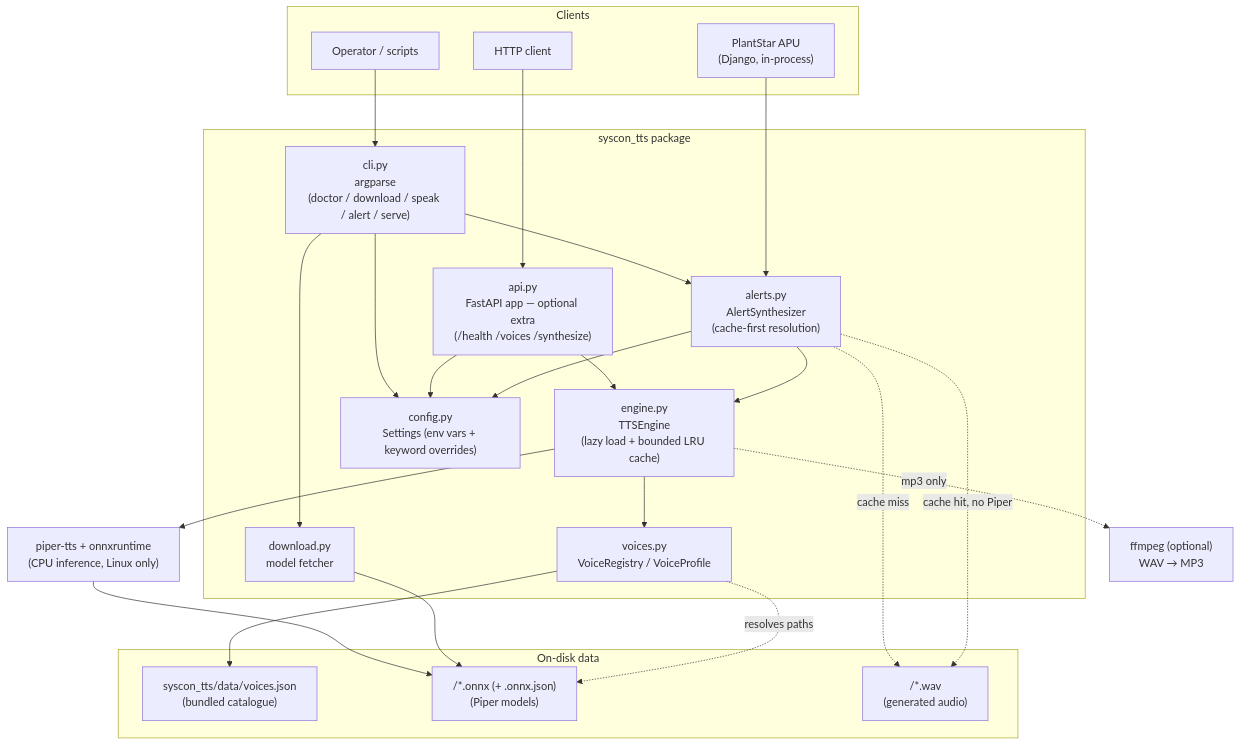
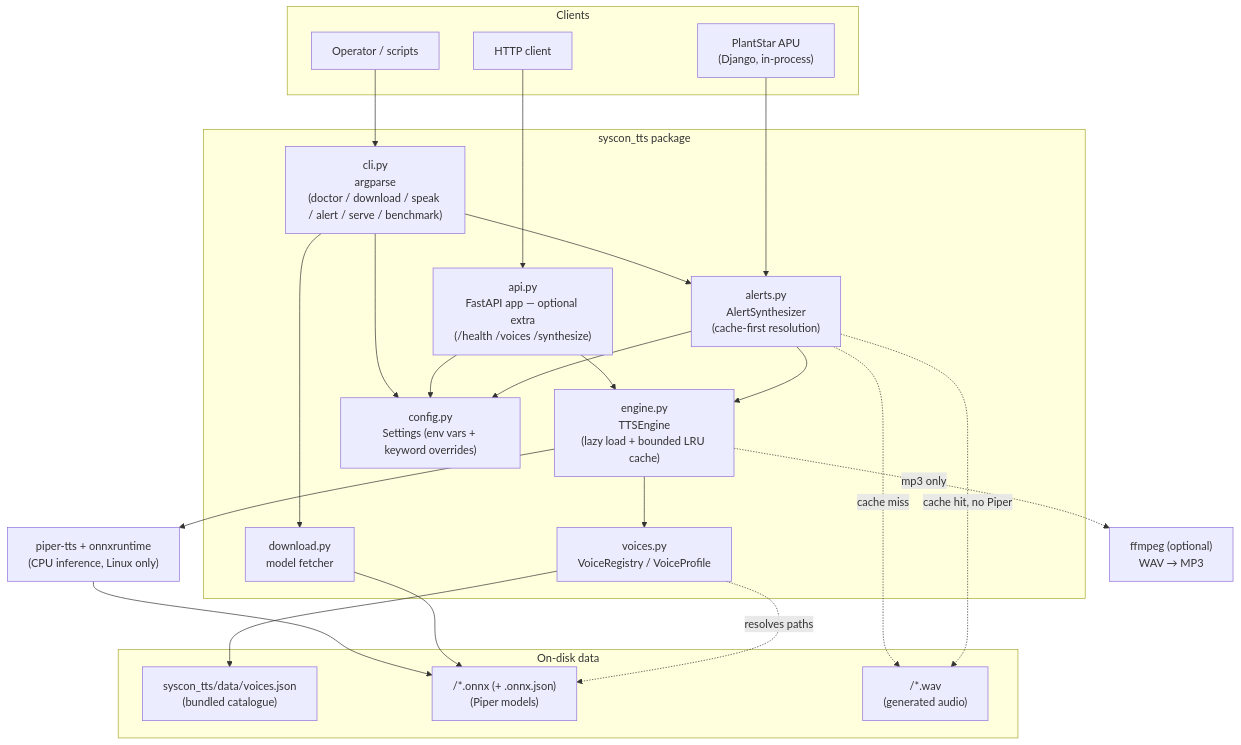
Before and after one commit to SYSCON-International/syscon_tts: the diagram in docs/ARCHITECTURE.md, drawn with Mermaid. The commit also changed other lines of this file and 25 other files, not shown here.

````diff
--- a/docs/ARCHITECTURE.md
+++ b/docs/ARCHITECTURE.md
@@ -44,47 +44,47 @@
 ```mermaid
 flowchart TD
     subgraph Clients
         APU["PlantStar APU<br/>(Django, in-process)"]
         SHELL[Operator / scripts]
         HTTP[HTTP client]
     end
 
     subgraph Service["syscon_tts package"]
         ALERTS["alerts.py<br/>AlertSynthesizer<br/>(cache-first resolution)"]
-        CLI["cli.py<br/>argparse<br/>(doctor / download / speak / alert / serve)"]
+        CLI["cli.py<br/>argparse<br/>(doctor / download / speak / alert / serve / benchmark)"]
         API["api.py<br/>FastAPI app — optional extra<br/>(/health /voices /synthesize)"]
         ENGINE["engine.py<br/>TTSEngine<br/>(lazy load + bounded LRU cache)"]
         REG["voices.py<br/>VoiceRegistry / VoiceProfile"]
         DL["download.py<br/>model fetcher"]
         CFG["config.py<br/>Settings (env vars + keyword overrides)"]
     end
 
     subgraph Data["On-disk data"]
         MANIFEST["syscon_tts/data/voices.json<br/>(bundled catalogue)"]
         MODELS["<voices_dir>/*.onnx (+ .onnx.json)<br/>(Piper models)"]
         WAVS["<alerts_dir>/*.wav<br/>(generated audio)"]
     end
 
     PIPER["piper-tts + onnxruntime<br/>(CPU inference, Linux only)"]
     FFMPEG["ffmpeg (optional)<br/>WAV → MP3"]
 
     APU --> ALERTS
     SHELL --> CLI
     HTTP --> API
     CLI --> ALERTS
     CLI --> DL
     ALERTS --> ENGINE
     API --> ENGINE
     ALERTS -. cache hit, no Piper .-> WAVS
     ALERTS -. cache miss .-> WAVS
     ENGINE --> REG
     REG --> MANIFEST
     REG -. resolves paths .-> MODELS
     DL --> MODELS
     ENGINE --> PIPER
     PIPER --> MODELS
     ENGINE -. mp3 only .-> FFMPEG
     ALERTS --> CFG
     API --> CFG
     CLI --> CFG
 ```
````
